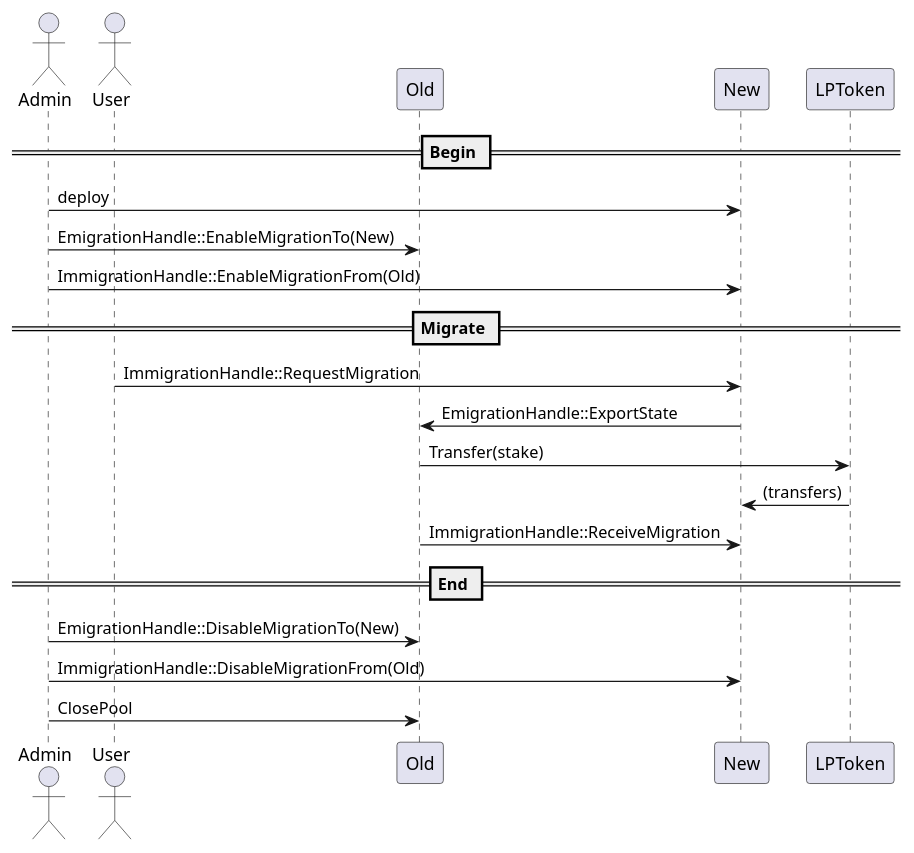
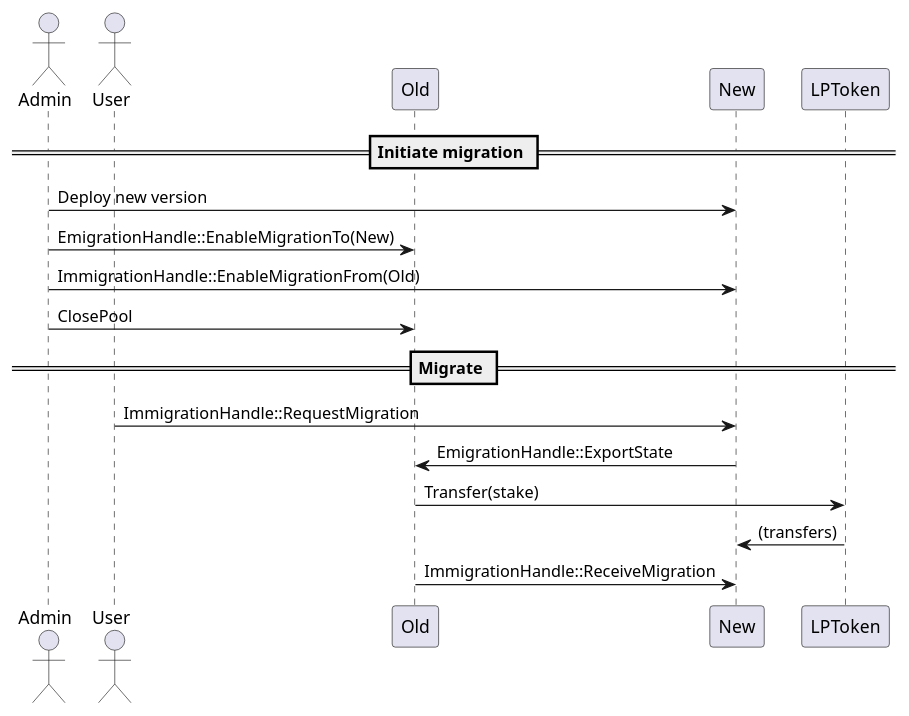
One commit to SiennaNetwork/SiennaNetwork changed the diagram in contracts/rewards/doc/migration_flow.pu. Above: the diagram before and after it, drawn with PlantUML. The commit also changed 8 other files, not shown here.

```diff
--- a/contracts/rewards/doc/migration_flow.pu
+++ b/contracts/rewards/doc/migration_flow.pu
@@ -1,26 +1,22 @@
 @startuml
 
 actor Admin
 actor User
 participant Old
 participant New
 participant LPToken
 
-== Begin ==
-Admin -> New: deploy
+== Initiate migration ==
+Admin -> New: Deploy new version
 Admin -> Old: EmigrationHandle::EnableMigrationTo(New)
 Admin -> New: ImmigrationHandle::EnableMigrationFrom(Old)
+Admin -> Old: ClosePool
 
 == Migrate ==
 User -> New: ImmigrationHandle::RequestMigration
 New -> Old: EmigrationHandle::ExportState
 Old -> LPToken: Transfer(stake)
 LPToken -> New: (transfers)
 Old -> New: ImmigrationHandle::ReceiveMigration
 
-== End ==
-Admin -> Old: EmigrationHandle::DisableMigrationTo(New)
-Admin -> New: ImmigrationHandle::DisableMigrationFrom(Old)
-Admin -> Old: ClosePool
-
 @enduml
```
